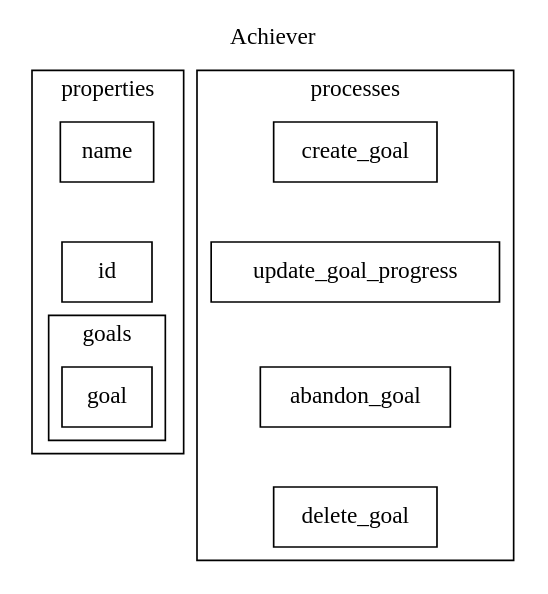
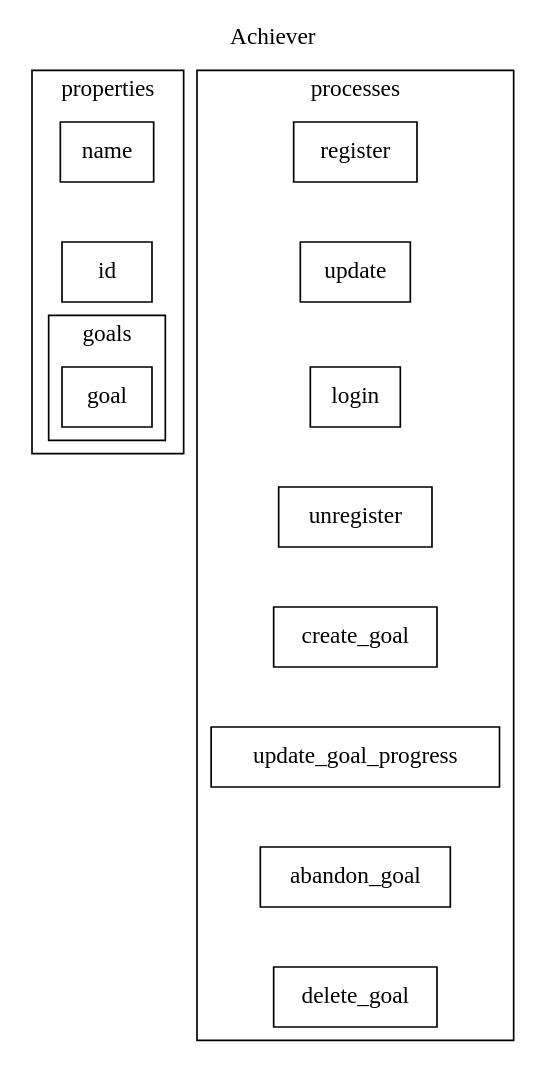
One commit to emerson-argueta/postgres-react-golang-template changed the diagram in design/models/community-goal-tracker/achiever.dot. Above: the diagram before and after it, drawn with Graphviz. The commit also changed 1 other file, not shown here.

```diff
--- a/design/models/community-goal-tracker/achiever.dot
+++ b/design/models/community-goal-tracker/achiever.dot
@@ -1,30 +1,38 @@
 digraph achiever{
     labelloc=t
     label="Achiever"
     subgraph cluster_achiever_properties{
         label="properties"
         
         name[shape=rectangle]
         id[shape=rectangle]
         subgraph cluster_goals{
             label=goals
             goal[shape=rectangle]
         
         }
         
         name->id->goal[style=invis]
     }
     subgraph cluster_achiever_processes{
         label="processes"
+        register[shape=rectangle]
+        update[shape=rectangle]
+        login[shape=rectangle]
+        unregister[shape=rectangle]
         create_goal[shape=rectangle]
         update_goal_progress[shape=rectangle]
         abandon_goal[shape=rectangle]
         delete_goal[shape=rectangle]
 
+        register->
+        update->
+        login->
+        unregister->
         create_goal->
         update_goal_progress->
         abandon_goal->
         delete_goal
         [style=invis]
     }
 }
```
